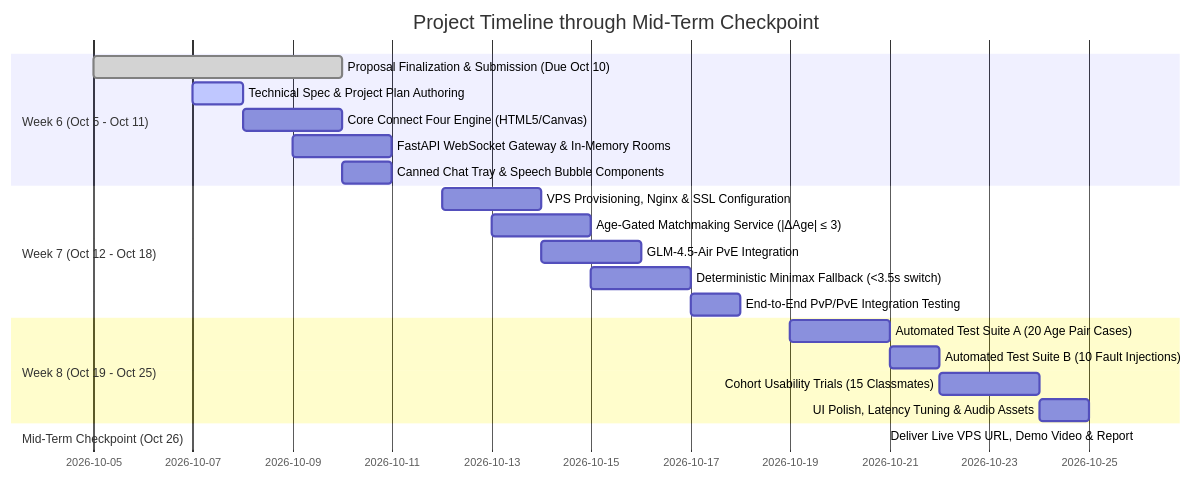
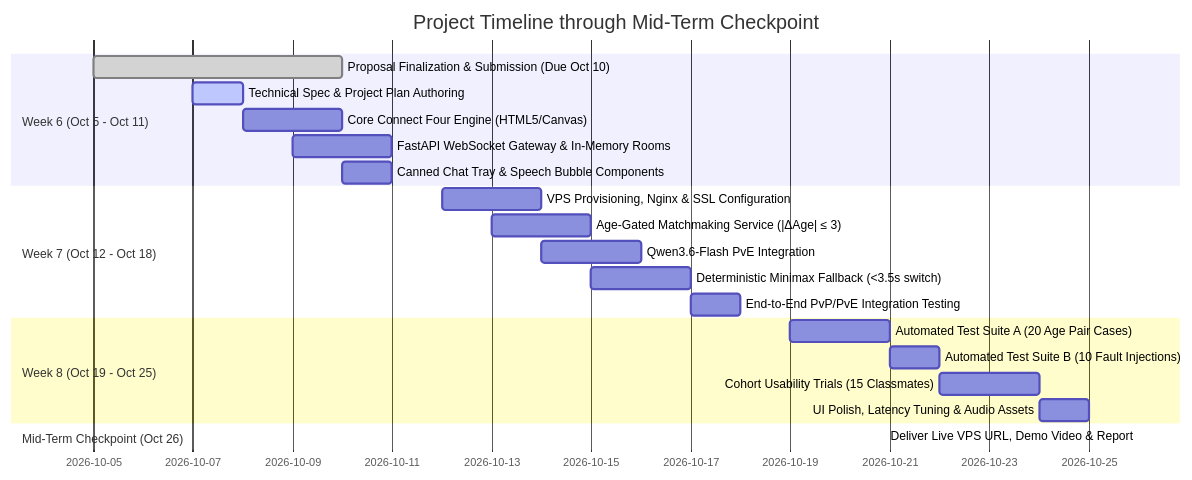
Before and after one commit to CelVision/AILT9019_G31: the second of 2 diagrams in docs/PROJECT_PLAN.md, drawn with Mermaid. The commit also changed other lines of this file and 33 other files, not shown here.

````diff
--- a/docs/PROJECT_PLAN.md
+++ b/docs/PROJECT_PLAN.md
@@ -100,27 +100,27 @@
 ```mermaid
 gantt
     title Project Timeline through Mid-Term Checkpoint
     dateFormat  YYYY-MM-DD
     section Week 6 (Oct 5 - Oct 11)
     Proposal Finalization & Submission (Due Oct 10) :done, 2026-10-05, 2026-10-10
     Technical Spec & Project Plan Authoring           :active, 2026-10-07, 2026-10-08
     Core Connect Four Engine (HTML5/Canvas)          :2026-10-08, 2026-10-10
     FastAPI WebSocket Gateway & In-Memory Rooms       :2026-10-09, 2026-10-11
     Canned Chat Tray & Speech Bubble Components       :2026-10-10, 2026-10-11
 
     section Week 7 (Oct 12 - Oct 18)
     VPS Provisioning, Nginx & SSL Configuration       :2026-10-12, 2026-10-14
     Age-Gated Matchmaking Service (|ΔAge| ≤ 3)        :2026-10-13, 2026-10-15
-    GLM-4.5-Air PvE Integration                       :2026-10-14, 2026-10-16
+    Qwen3.6-Flash PvE Integration                     :2026-10-14, 2026-10-16
     Deterministic Minimax Fallback (<3.5s switch)     :2026-10-15, 2026-10-17
     End-to-End PvP/PvE Integration Testing            :2026-10-17, 2026-10-18
 
     section Week 8 (Oct 19 - Oct 25)
     Automated Test Suite A (20 Age Pair Cases)        :2026-10-19, 2026-10-21
     Automated Test Suite B (10 Fault Injections)      :2026-10-21, 2026-10-22
     Cohort Usability Trials (15 Classmates)           :2026-10-22, 2026-10-24
     UI Polish, Latency Tuning & Audio Assets          :2026-10-24, 2026-10-25
 
     section Mid-Term Checkpoint (Oct 26)
     Deliver Live VPS URL, Demo Video & Report        :crit, 2026-10-26, 2026-10-26
 ```
````
